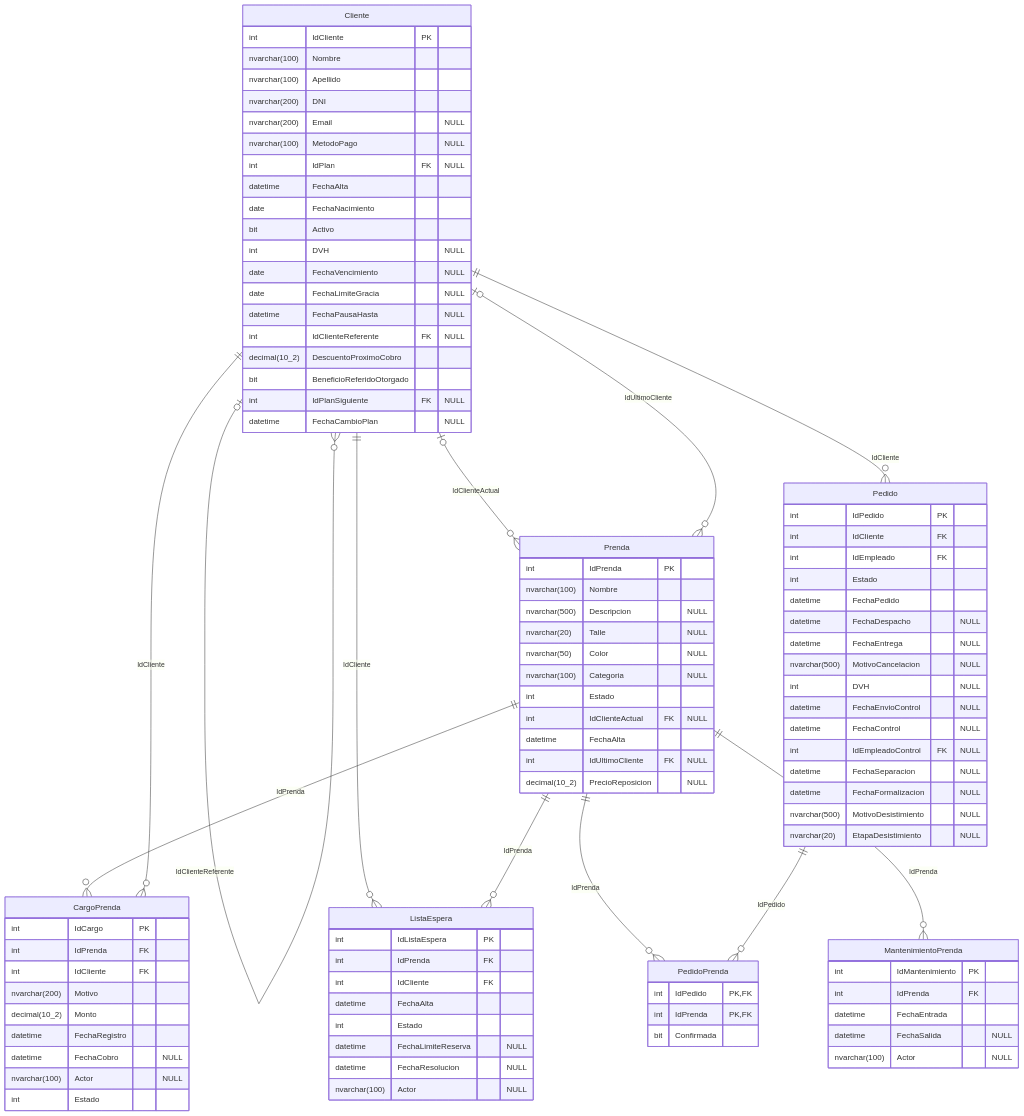
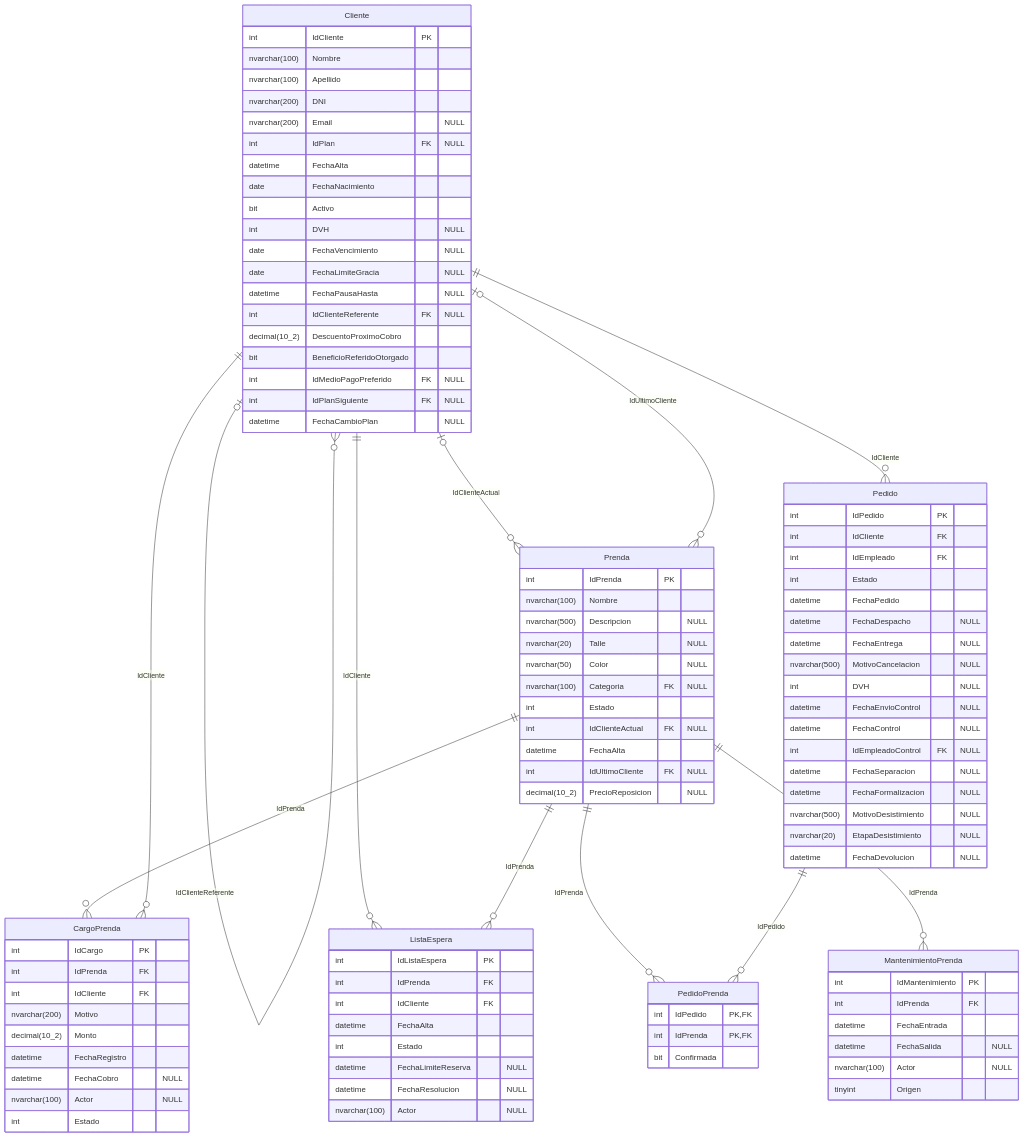
One commit to valentinamorana/Trabajo-de-Diploma changed the diagram in docs/diagramas/mermaid/DER_pn04_devolucion.mmd. Above: the diagram before and after it, drawn with Mermaid. The commit also changed 169 other files, not shown here.

```diff
--- a/docs/diagramas/mermaid/DER_pn04_devolucion.mmd
+++ b/docs/diagramas/mermaid/DER_pn04_devolucion.mmd
@@ -1,97 +1,99 @@
 erDiagram
   Prenda ||--o{ CargoPrenda : "IdPrenda"
   Cliente ||--o{ CargoPrenda : "IdCliente"
   Cliente |o--o{ Cliente : "IdClienteReferente"
   Cliente ||--o{ ListaEspera : "IdCliente"
   Prenda ||--o{ ListaEspera : "IdPrenda"
   Prenda ||--o{ MantenimientoPrenda : "IdPrenda"
   Cliente ||--o{ Pedido : "IdCliente"
   Prenda ||--o{ PedidoPrenda : "IdPrenda"
   Pedido ||--o{ PedidoPrenda : "IdPedido"
   Cliente |o--o{ Prenda : "IdClienteActual"
   Cliente |o--o{ Prenda : "IdUltimoCliente"
   Cliente {
     int IdCliente PK
     nvarchar(100) Nombre
     nvarchar(100) Apellido
     nvarchar(200) DNI
     nvarchar(200) Email "NULL"
-    nvarchar(100) MetodoPago "NULL"
     int IdPlan FK "NULL"
     datetime FechaAlta
     date FechaNacimiento
     bit Activo
     int DVH "NULL"
     date FechaVencimiento "NULL"
     date FechaLimiteGracia "NULL"
     datetime FechaPausaHasta "NULL"
     int IdClienteReferente FK "NULL"
     decimal(10_2) DescuentoProximoCobro
     bit BeneficioReferidoOtorgado
+    int IdMedioPagoPreferido FK "NULL"
     int IdPlanSiguiente FK "NULL"
     datetime FechaCambioPlan "NULL"
   }
   Pedido {
     int IdPedido PK
     int IdCliente FK
     int IdEmpleado FK
     int Estado
     datetime FechaPedido
     datetime FechaDespacho "NULL"
     datetime FechaEntrega "NULL"
     nvarchar(500) MotivoCancelacion "NULL"
     int DVH "NULL"
     datetime FechaEnvioControl "NULL"
     datetime FechaControl "NULL"
     int IdEmpleadoControl FK "NULL"
     datetime FechaSeparacion "NULL"
     datetime FechaFormalizacion "NULL"
     nvarchar(500) MotivoDesistimiento "NULL"
     nvarchar(20) EtapaDesistimiento "NULL"
+    datetime FechaDevolucion "NULL"
   }
   PedidoPrenda {
     int IdPedido PK,FK
     int IdPrenda PK,FK
     bit Confirmada
   }
   Prenda {
     int IdPrenda PK
     nvarchar(100) Nombre
     nvarchar(500) Descripcion "NULL"
     nvarchar(20) Talle "NULL"
     nvarchar(50) Color "NULL"
-    nvarchar(100) Categoria "NULL"
+    nvarchar(100) Categoria FK "NULL"
     int Estado
     int IdClienteActual FK "NULL"
     datetime FechaAlta
     int IdUltimoCliente FK "NULL"
     decimal(10_2) PrecioReposicion "NULL"
   }
   MantenimientoPrenda {
     int IdMantenimiento PK
     int IdPrenda FK
     datetime FechaEntrada
     datetime FechaSalida "NULL"
     nvarchar(100) Actor "NULL"
+    tinyint Origen
   }
   CargoPrenda {
     int IdCargo PK
     int IdPrenda FK
     int IdCliente FK
     nvarchar(200) Motivo
     decimal(10_2) Monto
     datetime FechaRegistro
     datetime FechaCobro "NULL"
     nvarchar(100) Actor "NULL"
     int Estado
   }
   ListaEspera {
     int IdListaEspera PK
     int IdPrenda FK
     int IdCliente FK
     datetime FechaAlta
     int Estado
     datetime FechaLimiteReserva "NULL"
     datetime FechaResolucion "NULL"
     nvarchar(100) Actor "NULL"
   }
```
